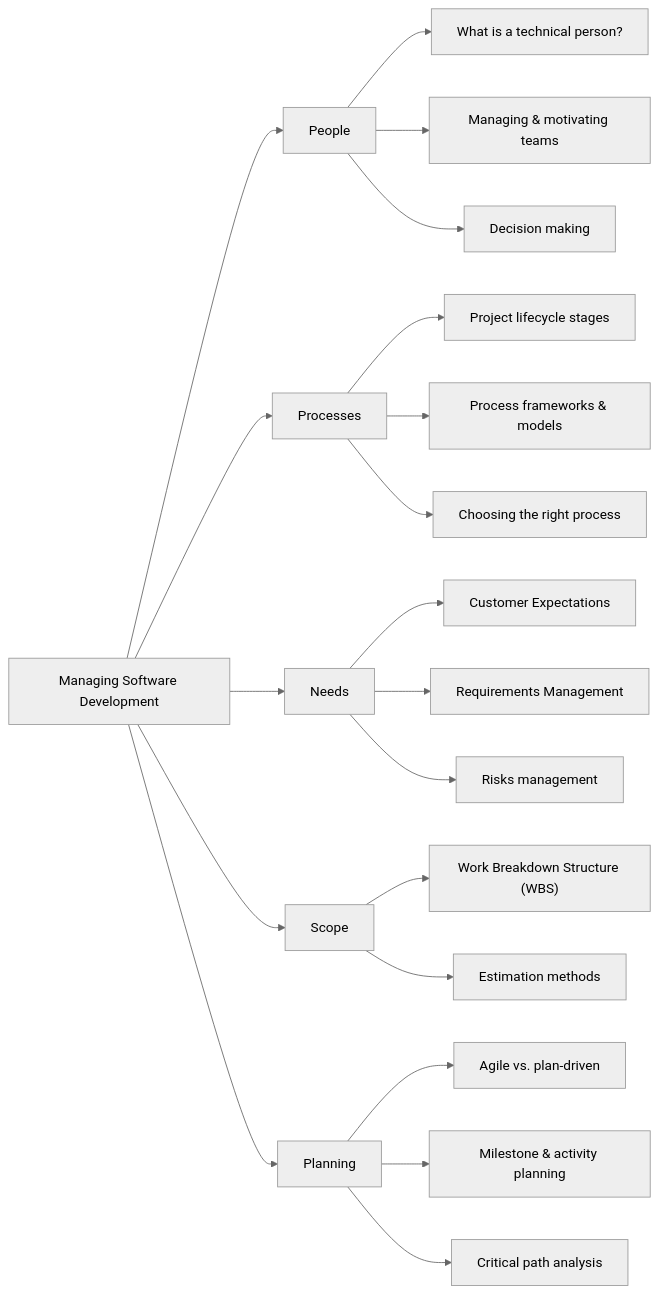
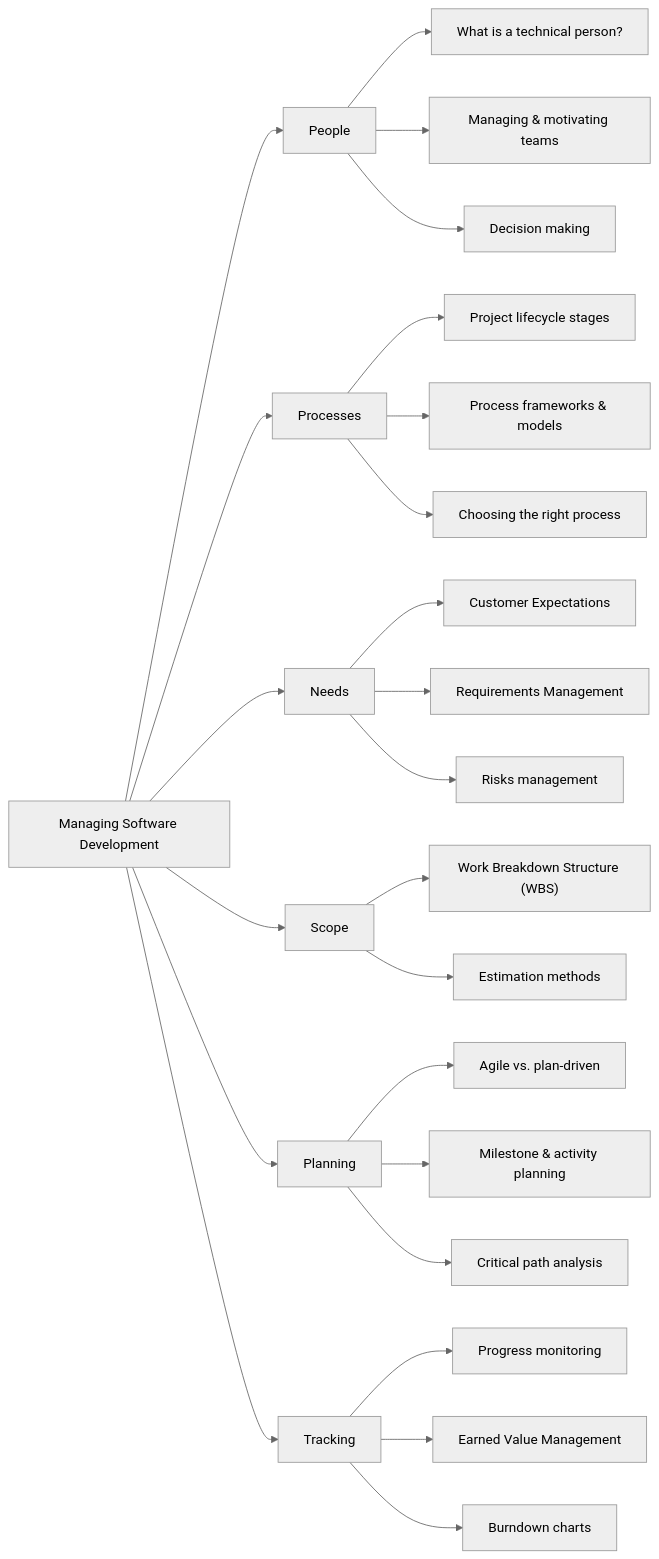
The diagram in index.md (msdbok/msdbok.github.io), drawn with Mermaid (neutral theme) before and after one commit. The commit also changed other lines of this file, not shown here.

First line of the commit message:
Add Tracking to index overview and expand tracking section

````diff
--- a/index.md
+++ b/index.md
@@ -25,28 +25,33 @@
 ```mermaid
 graph LR
     A[Managing Software Development]
     A --> B[People]
     A --> C[Processes]
     A --> F[Needs]
     A --> D[Scope]
     A --> E[Planning]
+    A --> G[Tracking]
 
     B --> B1["What is a technical person?"]
     B --> B2["Managing & motivating teams"]
     B --> B3["Decision making"]
 
     C --> C1["Project lifecycle stages"]
     C --> C2["Process frameworks & models"]
     C --> C3["Choosing the right process"]
 
     F --> F1["Customer Expectations"]
     F --> F2["Requirements Management"]
     F --> F3["Risks management"]
 
     D --> D1["Work Breakdown Structure (WBS)"]
     D --> D2["Estimation methods"]
 
     E --> E1["Agile vs. plan-driven"]
     E --> E2["Milestone & activity planning"]
     E --> E3["Critical path analysis"]
+
+    G --> G1["Progress monitoring"]
+    G --> G2["Earned Value Management"]
+    G --> G3["Burndown charts"]
 ```
````
